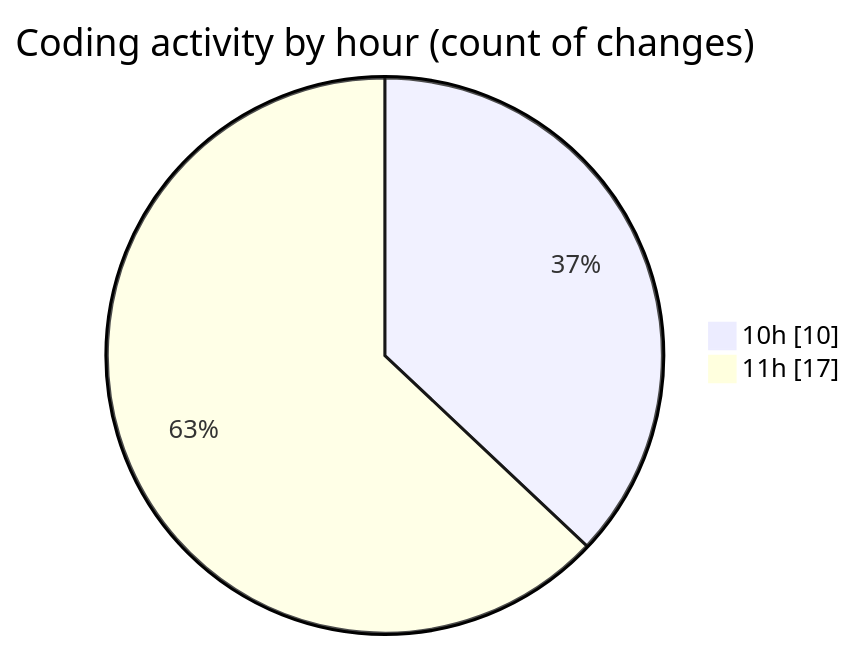
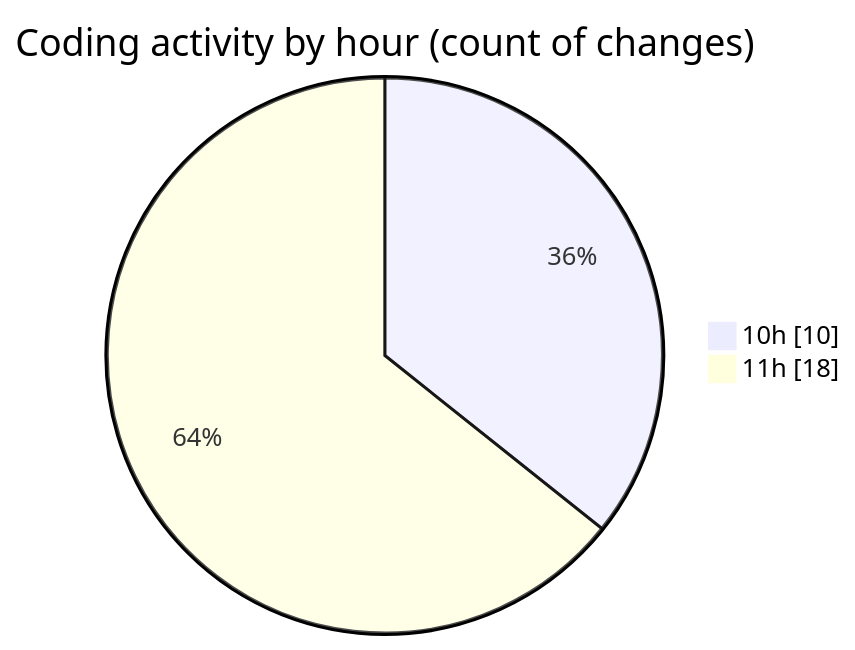
Before and after one commit to BS-eng2023/code-tracking: the second of 2 diagrams in 2025-03-31/jsvms/README.md, drawn with Mermaid. The commit also changed other lines of this file and 1 other file, not shown here.

````diff
--- a/2025-03-31/jsvms/README.md
+++ b/2025-03-31/jsvms/README.md
@@ -39,6 +39,6 @@
 ```mermaid
 pie showData
 title Coding activity by hour (count of changes)
 "10h" : 10
-"11h" : 17
+"11h" : 18
 ```
````
